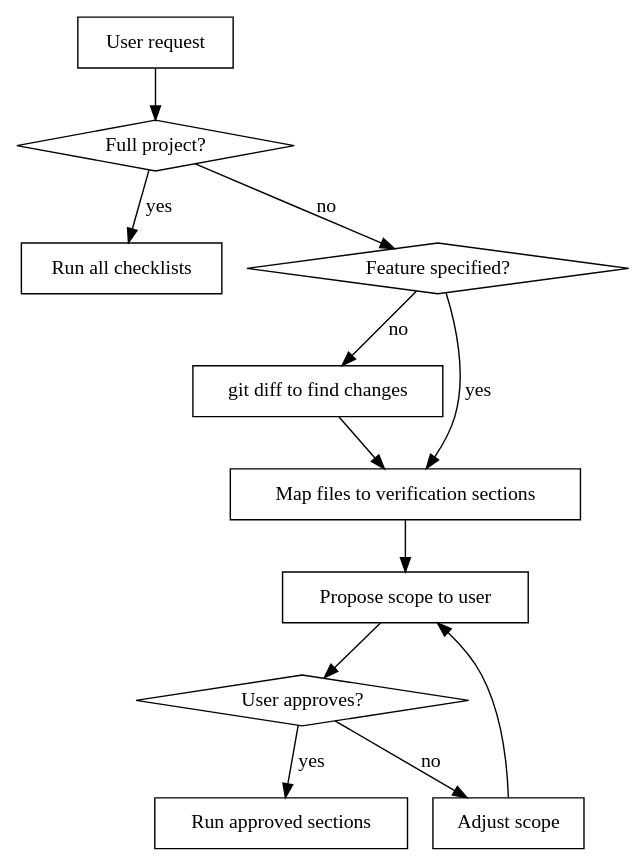
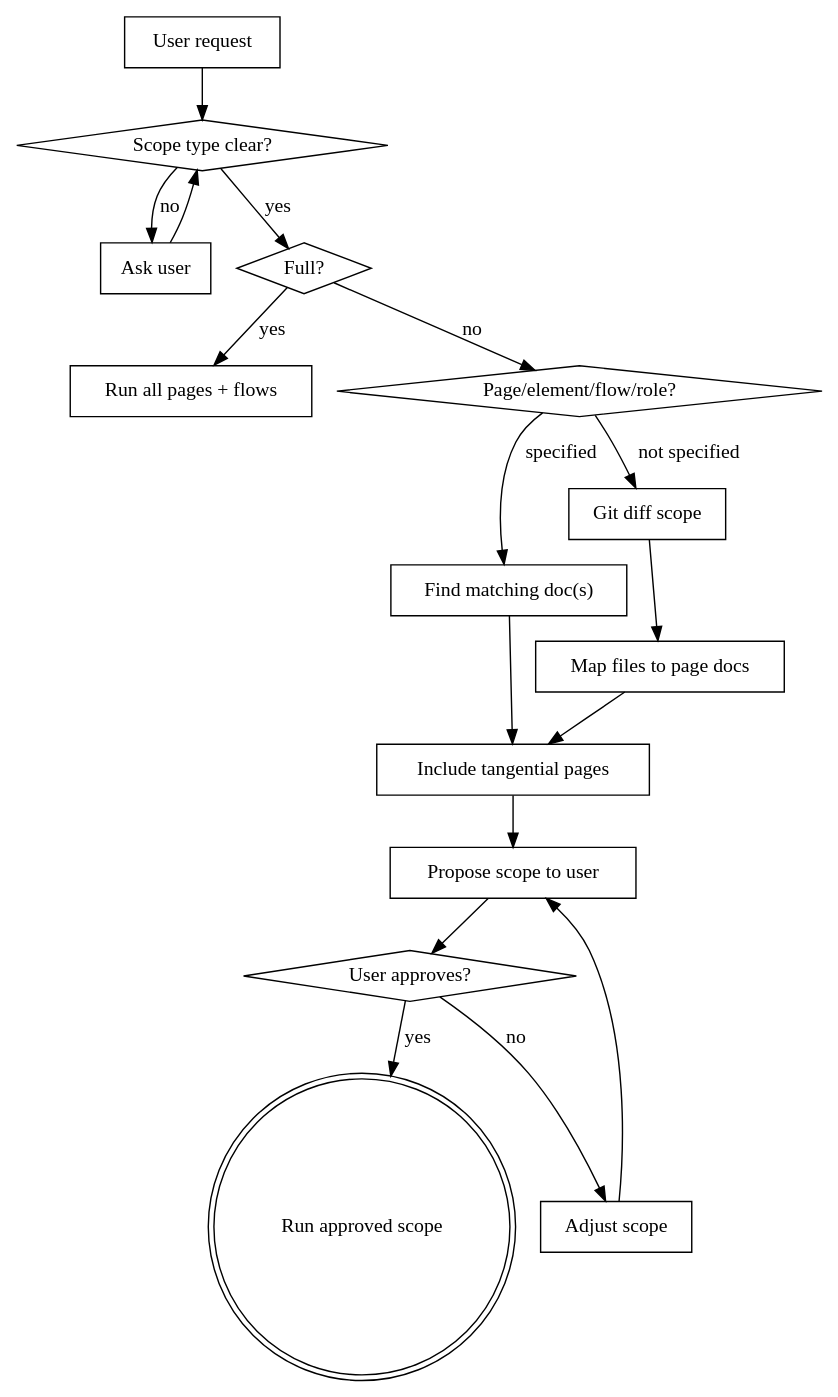
The first of 3 diagrams in browser-verification/SKILL.md (bernierllc/claude-skills), drawn with Graphviz before and after one commit. The commit also changed other lines of this file and 1 other file, not shown here.

````diff
--- a/browser-verification/SKILL.md
+++ b/browser-verification/SKILL.md
@@ -71,26 +86,35 @@
 ```dot
 digraph scope {
     "User request" [shape=box];
-    "Full project?" [shape=diamond];
-    "Run all checklists" [shape=box];
-    "Feature specified?" [shape=diamond];
-    "git diff to find changes" [shape=box];
-    "Map files to verification sections" [shape=box];
+    "Scope type clear?" [shape=diamond];
+    "Ask user" [shape=box];
+    "Full?" [shape=diamond];
+    "Run all pages + flows" [shape=box];
+    "Page/element/flow/role?" [shape=diamond];
+    "Find matching doc(s)" [shape=box];
+    "Git diff scope" [shape=box];
+    "Map files to page docs" [shape=box];
+    "Include tangential pages" [shape=box];
     "Propose scope to user" [shape=box];
     "User approves?" [shape=diamond];
     "Adjust scope" [shape=box];
-    "Run approved sections" [shape=box];
+    "Run approved scope" [shape=doublecircle];
 
-    "User request" -> "Full project?";
-    "Full project?" -> "Run all checklists" [label="yes"];
-    "Full project?" -> "Feature specified?" [label="no"];
-    "Feature specified?" -> "Map files to verification sections" [label="yes"];
-    "Feature specified?" -> "git diff to find changes" [label="no"];
-    "git diff to find changes" -> "Map files to verification sections";
-    "Map files to verification sections" -> "Propose scope to user";
+    "User request" -> "Scope type clear?";
+    "Scope type clear?" -> "Ask user" [label="no"];
+    "Ask user" -> "Scope type clear?";
+    "Scope type clear?" -> "Full?" [label="yes"];
+    "Full?" -> "Run all pages + flows" [label="yes"];
+    "Full?" -> "Page/element/flow/role?" [label="no"];
+    "Page/element/flow/role?" -> "Find matching doc(s)" [label="specified"];
+    "Page/element/flow/role?" -> "Git diff scope" [label="not specified"];
+    "Git diff scope" -> "Map files to page docs";
+    "Map files to page docs" -> "Include tangential pages";
+    "Find matching doc(s)" -> "Include tangential pages";
+    "Include tangential pages" -> "Propose scope to user";
     "Propose scope to user" -> "User approves?";
-    "User approves?" -> "Run approved sections" [label="yes"];
+    "User approves?" -> "Run approved scope" [label="yes"];
     "User approves?" -> "Adjust scope" [label="no"];
     "Adjust scope" -> "Propose scope to user";
 }
 ```
````
